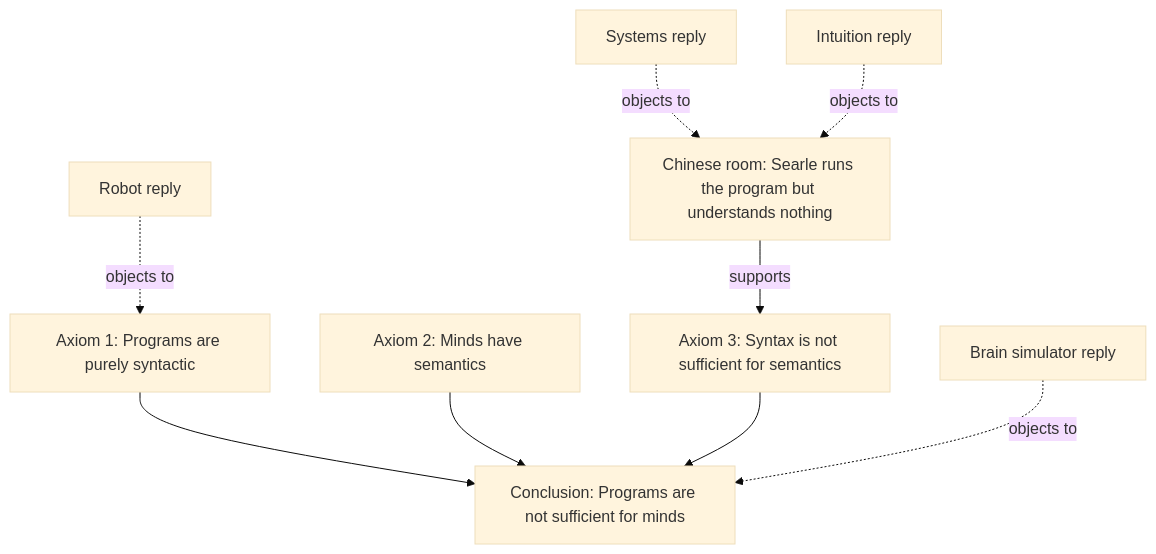
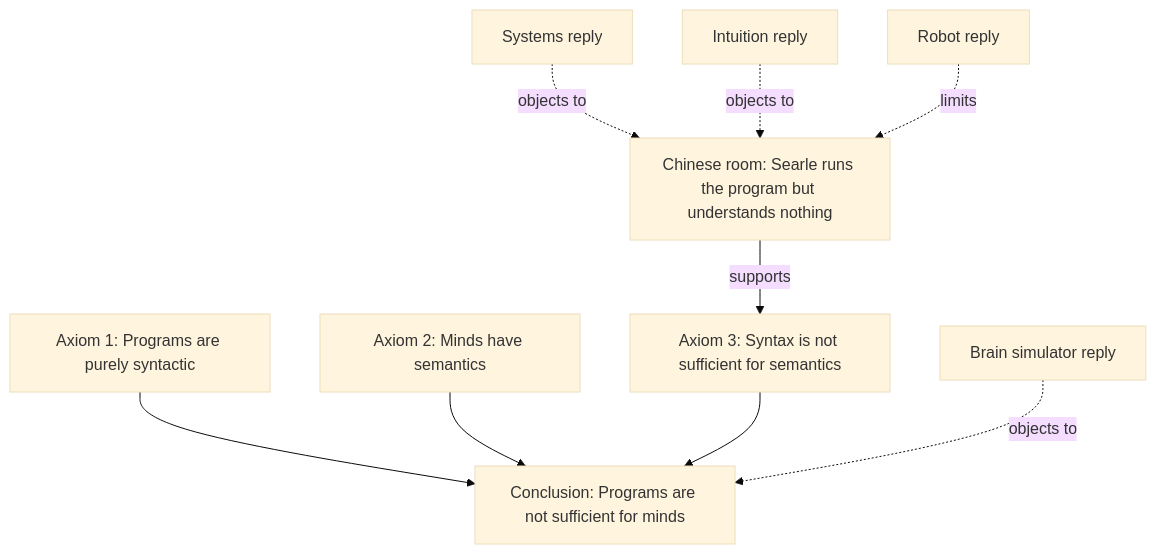
One commit to jbeynonedu/pr-explorer changed the diagram in content/philosophy-of-mind/searle-chinese-room.md. Above: the diagram before and after it, drawn with Mermaid (base theme). The commit also changed other lines of this file and 4 other files, not shown here.

````diff
--- a/content/philosophy-of-mind/searle-chinese-room.md
+++ b/content/philosophy-of-mind/searle-chinese-room.md
@@ -78,11 +78,11 @@
 ```mermaid
 flowchart TD
   A1["Axiom 1: Programs are purely syntactic"] --> C["Conclusion: Programs are not sufficient for minds"]
   A2["Axiom 2: Minds have semantics"] --> C
   A3["Axiom 3: Syntax is not sufficient for semantics"] --> C
   CR["Chinese room: Searle runs the program but understands nothing"] -->|supports| A3
   SR["Systems reply"] -.->|objects to| CR
   IR["Intuition reply"] -.->|objects to| CR
-  RR["Robot reply"] -.->|objects to| A1
+  RR["Robot reply"] -.->|limits| CR
   BR["Brain simulator reply"] -.->|objects to| C
 ```
````
